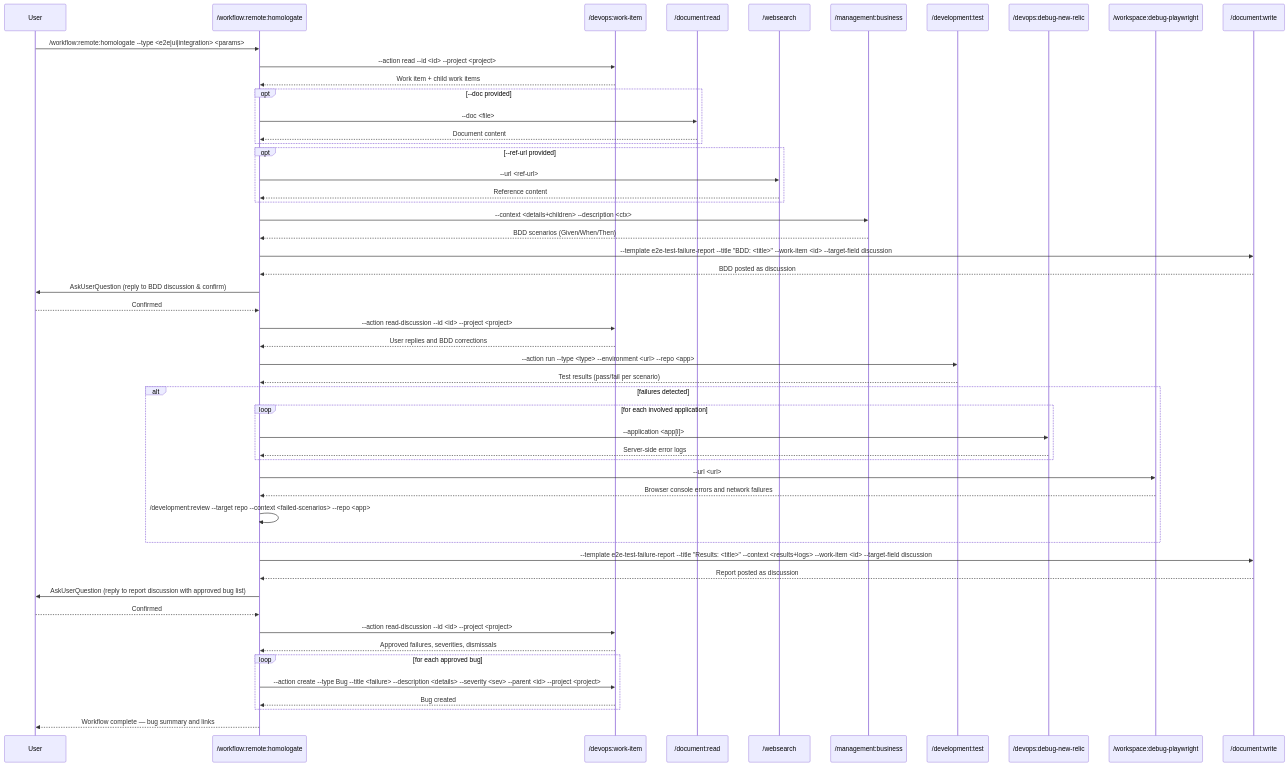
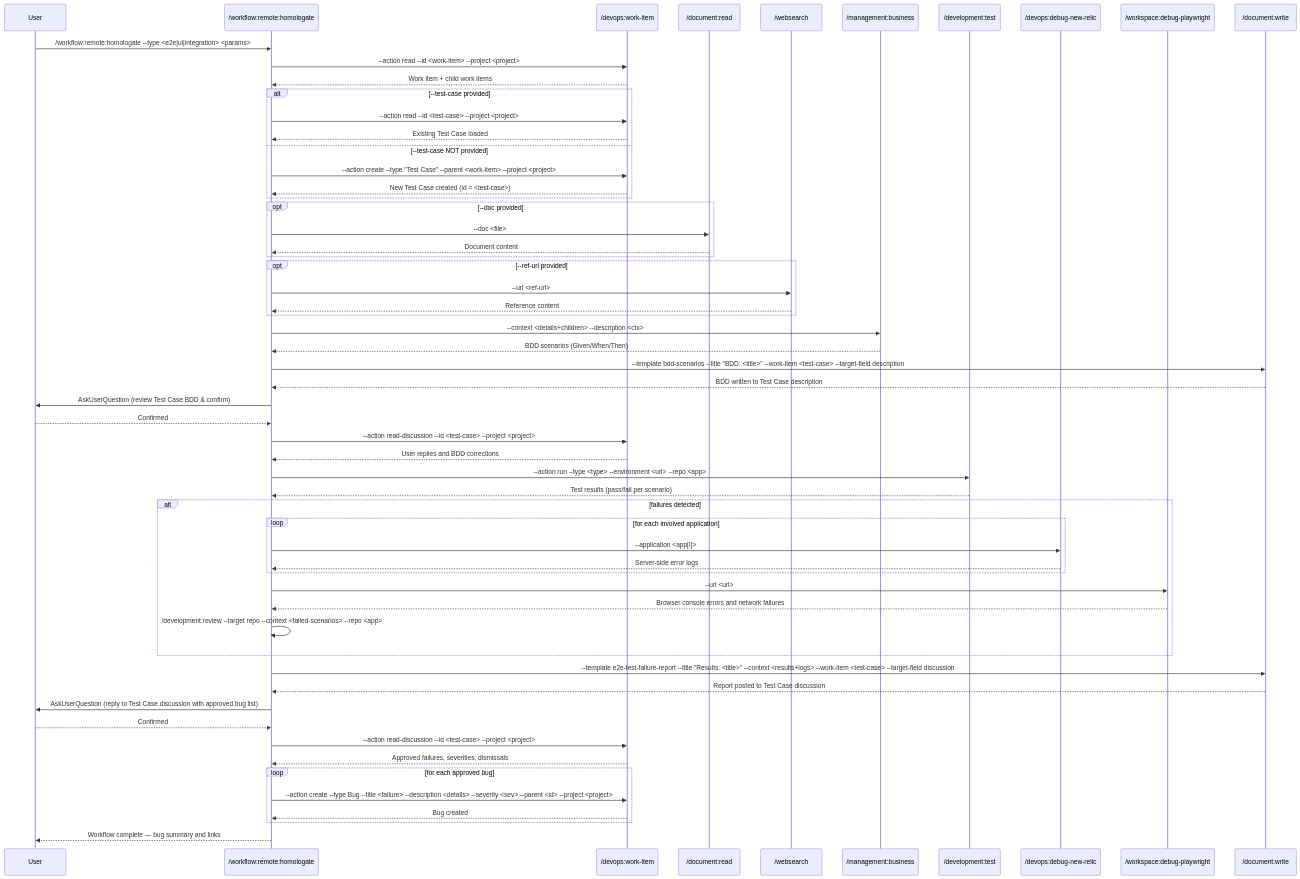
The diagram in .claude/commands/workflow/remote/homologate.md (zzaia/zzaia-agentic-workspace), drawn with Mermaid before and after one commit. The commit also changed other lines of this file, not shown here.

Commit message:
Improve the homologate work-flow to use test case work-items in azure devops;

````diff
--- a/.claude/commands/workflow/remote/homologate.md
+++ b/.claude/commands/workflow/remote/homologate.md
@@ -121,55 +127,62 @@
 ```mermaid
 sequenceDiagram
     participant U as User
     participant W as /workflow:remote:homologate
     participant WI as /devops:work-item
     participant DR as /document:read
     participant WS as /websearch
     participant BDD as /management:business
     participant TST as /development:test
     participant NR as /devops:debug-new-relic
     participant PW as /workspace:debug-playwright
     participant DW as /document:write
 
     U->>W: /workflow:remote:homologate --type <e2e|ui|integration> <params>
-    W->>WI: --action read --id <id> --project <project>
+    W->>WI: --action read --id <work-item> --project <project>
     WI-->>W: Work item + child work items
+    alt --test-case provided
+        W->>WI: --action read --id <test-case> --project <project>
+        WI-->>W: Existing Test Case loaded
+    else --test-case NOT provided
+        W->>WI: --action create --type "Test Case" --parent <work-item> --project <project>
+        WI-->>W: New Test Case created (id = <test-case>)
+    end
     opt --doc provided
         W->>DR: --doc <file>
         DR-->>W: Document content
     end
     opt --ref-url provided
         W->>WS: --url <ref-url>
         WS-->>W: Reference content
     end
     W->>BDD: --context <details+children> --description <ctx>
     BDD-->>W: BDD scenarios (Given/When/Then)
-    W->>DW: --template e2e-test-failure-report --title "BDD: <title>" --work-item <id> --target-field discussion
-    DW-->>W: BDD posted as discussion
-    W->>U: AskUserQuestion (reply to BDD discussion & confirm)
+    W->>DW: --template bdd-scenarios --title "BDD: <title>" --work-item <test-case> --target-field description
+    DW-->>W: BDD written to Test Case description
+    W->>U: AskUserQuestion (review Test Case BDD & confirm)
     U-->>W: Confirmed
-    W->>WI: --action read-discussion --id <id> --project <project>
+    W->>WI: --action read-discussion --id <test-case> --project <project>
     WI-->>W: User replies and BDD corrections
     W->>TST: --action run --type <type> --environment <url> --repo <app>
     TST-->>W: Test results (pass/fail per scenario)
     alt failures detected
         loop for each involved application
             W->>NR: --application <app[i]>
             NR-->>W: Server-side error logs
         end
         W->>PW: --url <url>
         PW-->>W: Browser console errors and network failures
         W->>W: /development:review --target repo --context <failed-scenarios> --repo <app>
     end
-    W->>DW: --template e2e-test-failure-report --title "Results: <title>" --context <results+logs> --work-item <id> --target-field discussion
-    DW-->>W: Report posted as discussion
-    W->>U: AskUserQuestion (reply to report discussion with approved bug list)
+    W->>DW: --template e2e-test-failure-report --title "Results: <title>" --context <results+logs> --work-item <test-case> --target-field discussion
+    DW-->>W: Report posted to Test Case discussion
+    W->>U: AskUserQuestion (reply to Test Case discussion with approved bug list)
     U-->>W: Confirmed
-    W->>WI: --action read-discussion --id <id> --project <project>
+    W->>WI: --action read-discussion --id <test-case> --project <project>
     WI-->>W: Approved failures, severities, dismissals
     loop for each approved bug
         W->>WI: --action create --type Bug --title <failure> --description <details> --severity <sev> --parent <id> --project <project>
         WI-->>W: Bug created
     end
     W-->>U: Workflow complete — bug summary and links
 ```
````
